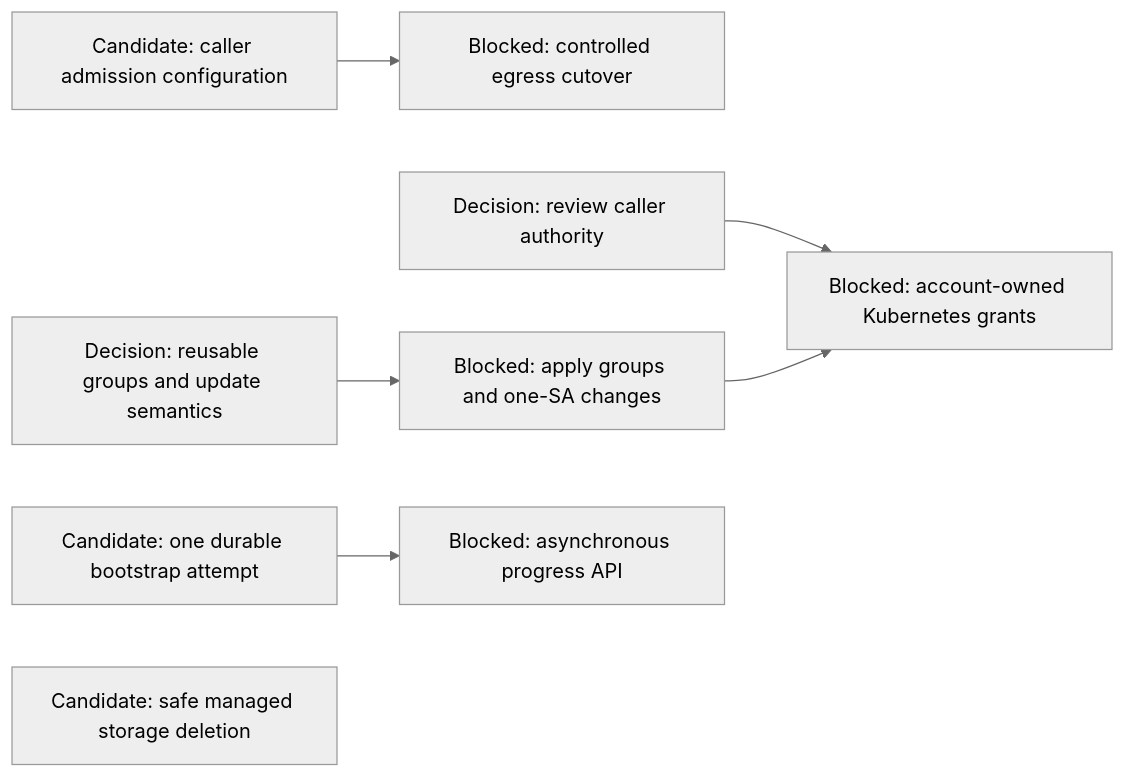
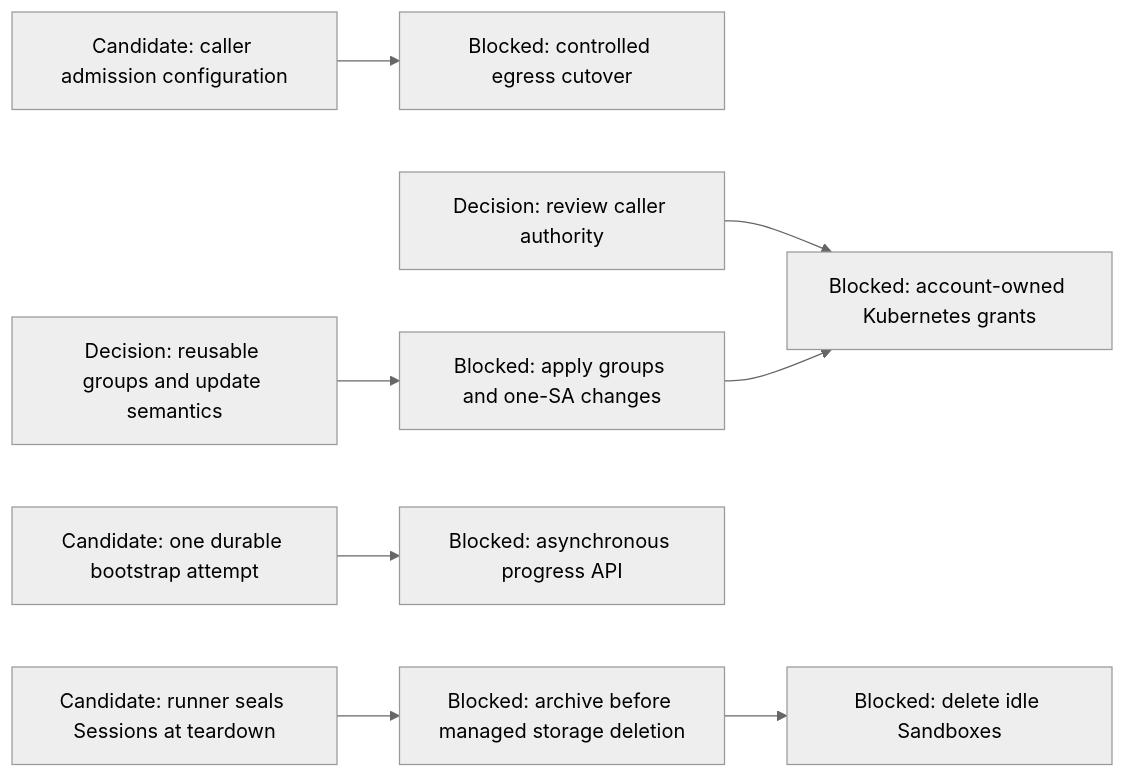
The seventh of 9 diagrams in agentplane/plans/task_dag.md (agentydragon-agent/ducktape), drawn with Mermaid (neutral theme) before and after one commit. The commit also changed other lines of this file and 5 other files, not shown here.

````diff
--- a/agentplane/plans/task_dag.md
+++ b/agentplane/plans/task_dag.md
@@ -637,9 +644,11 @@
 ```mermaid
 flowchart LR
     PC_EGRESS_CREDENTIALS[Candidate: caller admission configuration] --> PC_EGRESS[Blocked: controlled egress cutover]
     CLAUDE_AI_SA[Decision: review caller authority] --> MANAGED_SA_RBAC[Blocked: account-owned Kubernetes grants]
     KUBERNETES_RBAC_POLICIES[Decision: reusable groups and update semantics] --> KUBERNETES_RBAC_POLICY_BINDINGS[Blocked: apply groups and one-SA changes]
     KUBERNETES_RBAC_POLICY_BINDINGS --> MANAGED_SA_RBAC
     BOOTSTRAP_ATTEMPT_RECEIPT[Candidate: one durable bootstrap attempt] --> BOOTSTRAP_PROGRESS_CONTRACT[Blocked: asynchronous progress API]
-    SANDBOX_LIFECYCLE_DURABILITY[Candidate: safe managed storage deletion]
+    SANDBOX_LIFECYCLE_DURABILITY[Blocked: archive before managed storage deletion]
+    SANDBOX_LIFECYCLE_DURABILITY --> SANDBOX_IDLE_EXPIRY[Blocked: delete idle Sandboxes]
+    RUNNER_TEARDOWN_SEAL[Candidate: runner seals Sessions at teardown] --> SANDBOX_LIFECYCLE_DURABILITY
 ```
````
